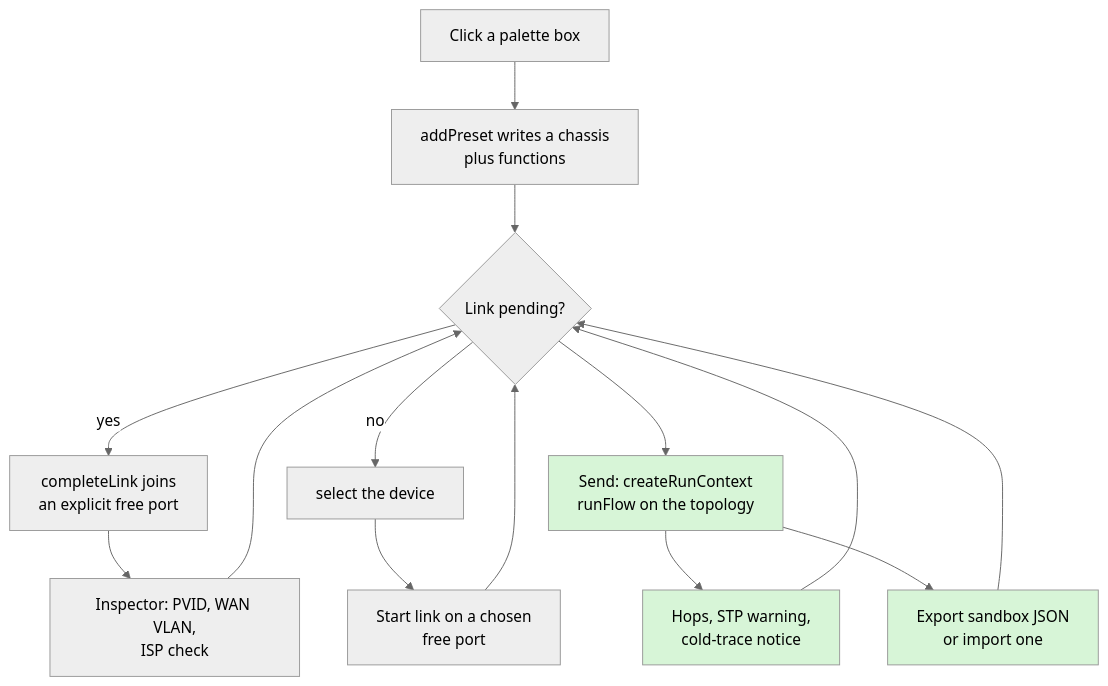
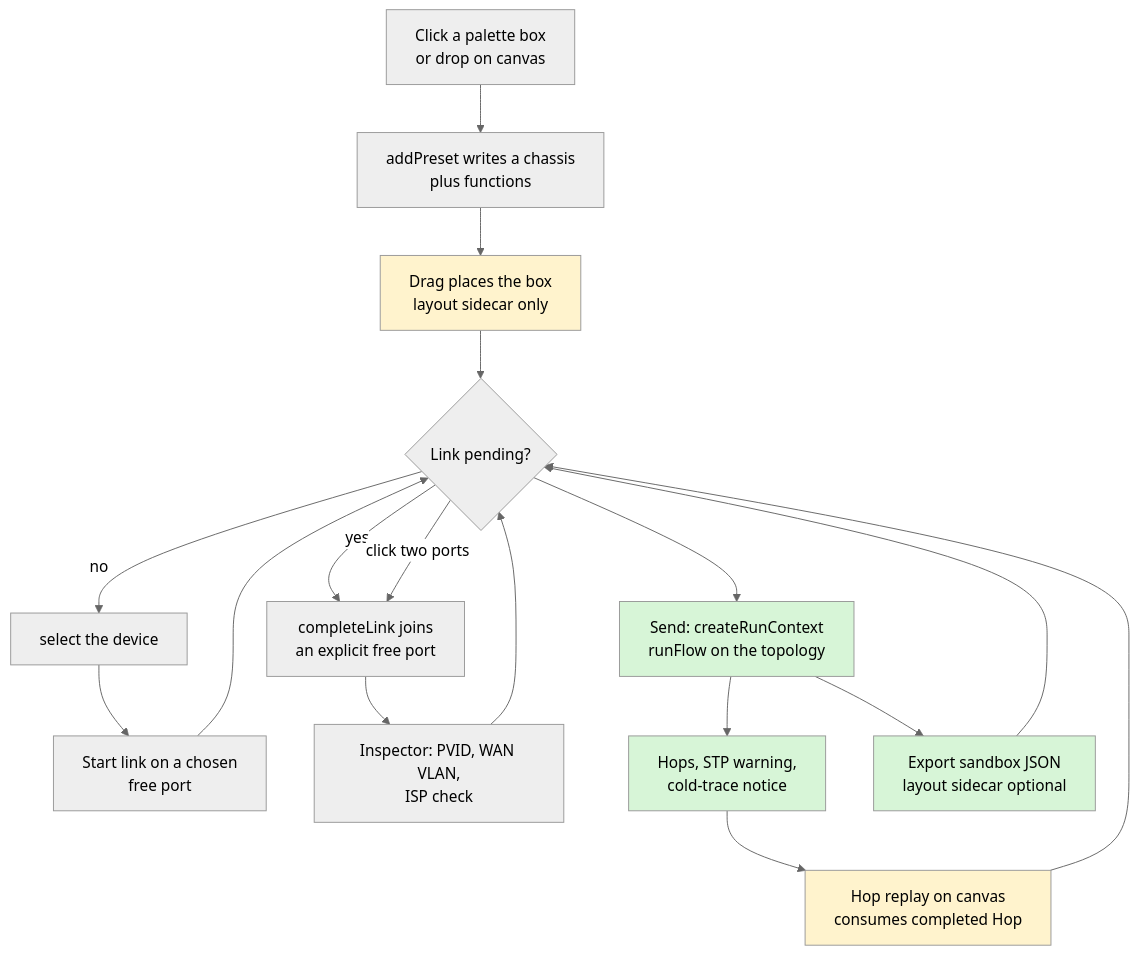
Before and after one commit to alanfong93/network-sandbox: the second of 2 diagrams in docs/system_flow.md, drawn with Mermaid (neutral theme). The commit also changed other lines of this file and 4 other files, not shown here.

````diff
--- a/docs/system_flow.md
+++ b/docs/system_flow.md
@@ -107,19 +112,24 @@
 ```mermaid
 flowchart TD
-    PA[Click a palette box] --> AP[addPreset writes a chassis<br>plus functions]
-    AP --> SE{Link pending?}
+    PA[Click a palette box<br>or drop on canvas] --> AP[addPreset writes a chassis<br>plus functions]
+    AP --> DR[Drag places the box<br>layout sidecar only]
+    DR --> SE{Link pending?}
     SE -->|yes| CL[completeLink joins<br>an explicit free port]
+    SE -->|click two ports| CL
     SE -->|no| SL[select the device]
     SL --> ST[Start link on a chosen<br>free port]
     ST --> SE
     CL --> IN[Inspector: PVID, WAN VLAN,<br>ISP check]
     IN --> SE
     SE --> SD[Send: createRunContext<br>runFlow on the topology]
     SD --> HO[Hops, STP warning,<br>cold-trace notice]
-    HO --> SE
-    SD --> EX[Export sandbox JSON<br>or import one]
+    HO --> RP[Hop replay on canvas<br>consumes completed Hop]
+    RP --> SE
+    SD --> EX[Export sandbox JSON<br>layout sidecar optional]
     EX --> SE
     style SD fill:#d7f5d7,color:#000
     style HO fill:#d7f5d7,color:#000
     style EX fill:#d7f5d7,color:#000
+    style RP fill:#fff3cd,color:#000
+    style DR fill:#fff3cd,color:#000
 ```
````
